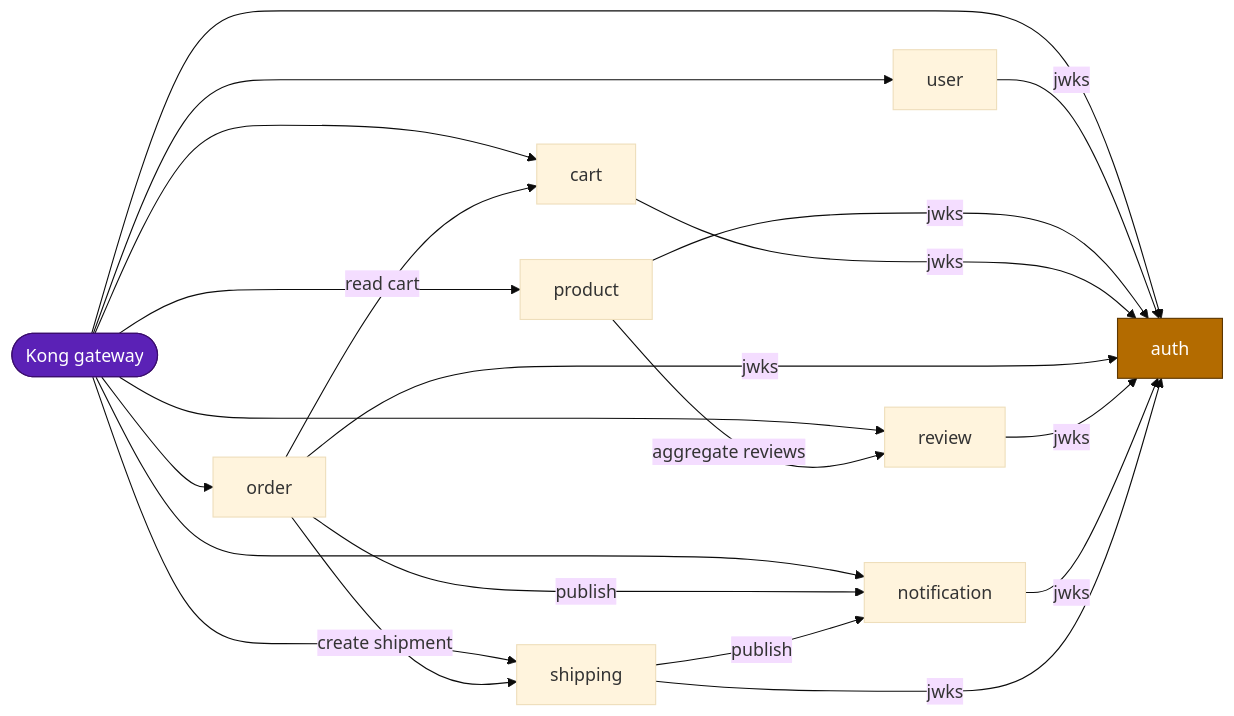
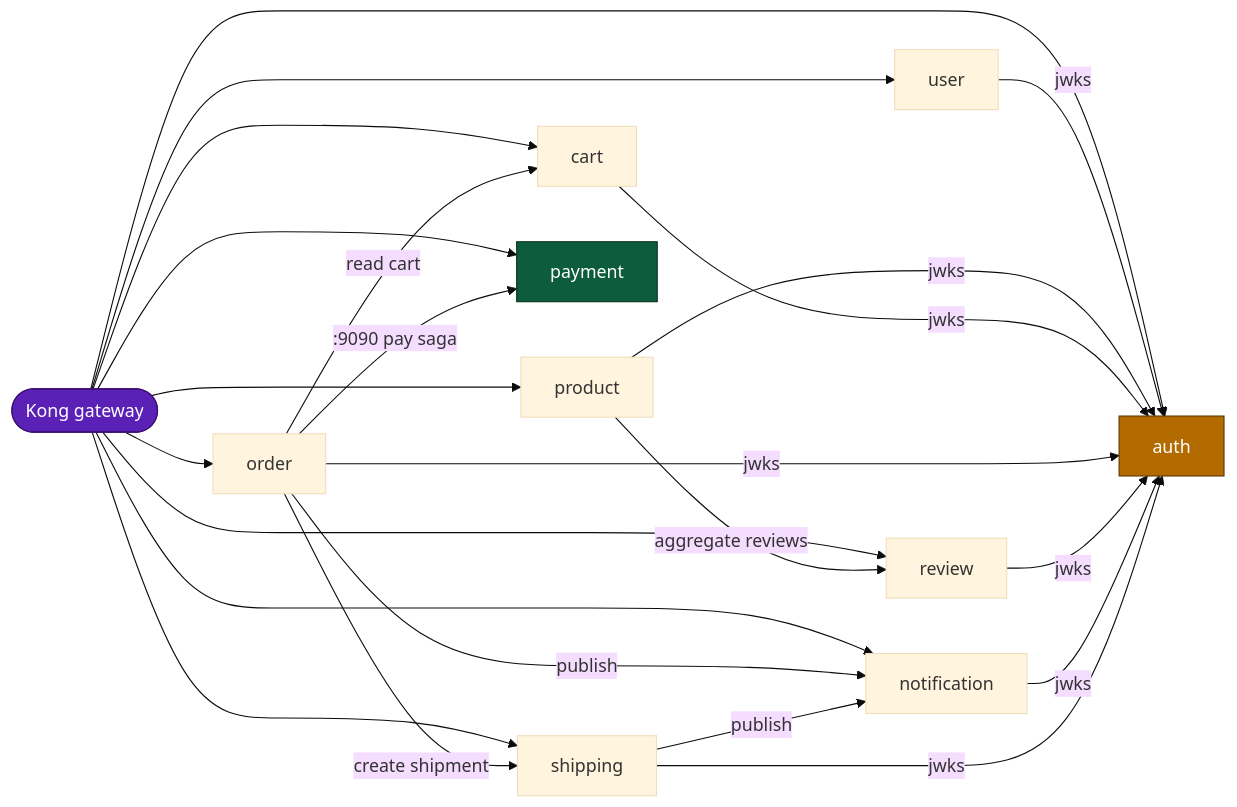
Before and after one commit to duynhlab/homelab: the second of 3 diagrams in docs/security/network-policies.md, drawn with Mermaid (base theme). The commit also changed other lines of this file and 43 other files, not shown here.

First line of the commit message:
Realign docs with the shipped payment service + auto-heal (#453)

````diff
--- a/docs/security/network-policies.md
+++ b/docs/security/network-policies.md
@@ -103,28 +110,31 @@
 ```mermaid
 flowchart LR
     KONG([Kong gateway]):::gw
     AUTH[auth]:::hub
     USER[user]
     PRODUCT[product]
     CART[cart]
     ORDER[order]
     REVIEW[review]
     NOTIF[notification]
     SHIP[shipping]
+    PAYMENT[payment]:::pay
 
     %% North-south: gateway may reach every service
-    KONG --> AUTH & USER & PRODUCT & CART & ORDER & REVIEW & NOTIF & SHIP
+    KONG --> AUTH & USER & PRODUCT & CART & ORDER & REVIEW & NOTIF & SHIP & PAYMENT
 
-    %% JWKS hub: every service → auth /auth/v1/public/jwks (cached fetch)
+    %% JWKS hub: the original eight services → auth /auth/v1/public/jwks (cached fetch)
     USER & PRODUCT & CART & ORDER & REVIEW & NOTIF & SHIP -->|"jwks"| AUTH
 
     %% Business east-west
     PRODUCT -->|aggregate reviews| REVIEW
     ORDER -->|read cart| CART
     ORDER -->|create shipment| SHIP
     ORDER -->|publish| NOTIF
     SHIP -->|publish| NOTIF
+    ORDER -->|":9090 pay saga"| PAYMENT
 
     classDef gw fill:#5b21b6,color:#fff,stroke:#3b0d6e
     classDef hub fill:#b36b00,color:#fff,stroke:#5c3600
+    classDef pay fill:#0d5c3d,color:#fff,stroke:#063020
 ```
````
